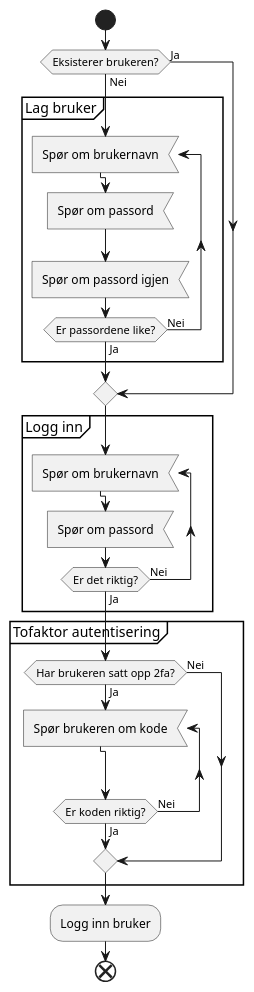
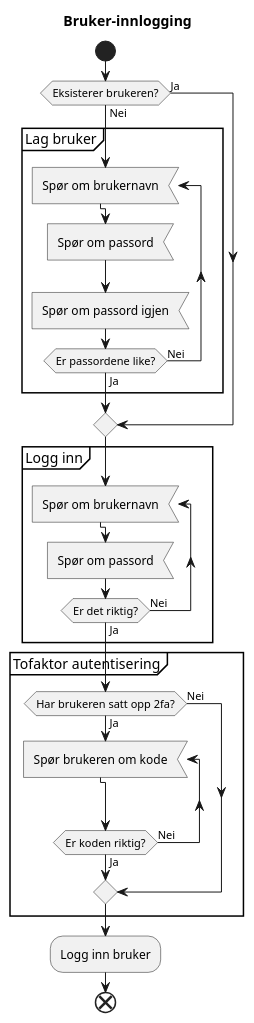
One commit to LilleAila/projects changed the diagram in it2/03-bruker-innlogging/control-flow.puml. Above: the diagram before and after it, drawn with PlantUML. The commit also changed 1 other file, not shown here.

```diff
--- a/it2/03-bruker-innlogging/control-flow.puml
+++ b/it2/03-bruker-innlogging/control-flow.puml
@@ -4,35 +4,36 @@
-@startuml bruker-login
+@startuml
+title Bruker-innlogging
 
 start
 
 if (Eksisterer brukeren?) then (Ja)
 else (Nei)
   partition "Lag bruker" {
     repeat :Spør om brukernavn; <<input>>
     :Spør om passord; <<input>>
     :Spør om passord igjen; <<input>>
     ' backward:Passordene er ikke like!;
     repeat while (Er passordene like?) is (Nei) not (Ja)
   }
 endif
 
 partition "Logg inn" {
   repeat :Spør om brukernavn; <<input>>
   :Spør om passord; <<input>>
   ' backward:Brukernavn eller passord er feil!;
   repeat while (Er det riktig?) is (Nei) not (Ja)
 }
 
 partition "Tofaktor autentisering" {
   if (Har brukeren satt opp 2fa?) then (Ja)
     repeat :Spør brukeren om kode; <<input>>
     repeat while (Er koden riktig?) is (Nei) not (Ja)
   else (Nei)
   endif
 }
 
 :Logg inn bruker;
 
 end
 
 @enduml
```
